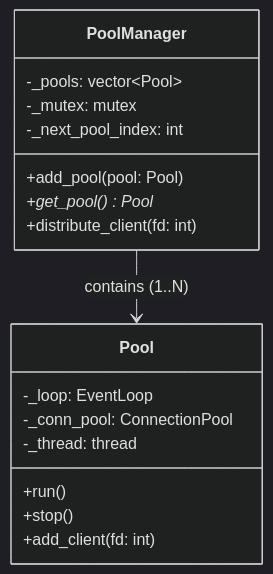
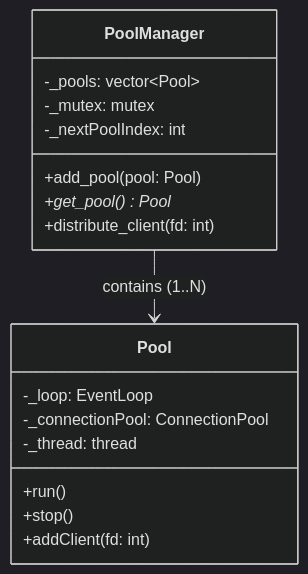
One commit to etib-corp/fion changed the third of 10 diagrams in ARCHITECTURE.md. Above: the diagram before and after it, drawn with Mermaid (dark theme). The commit also changed other lines of this file and 45 other files, not shown here.

Commit message:
Feat: Implement new architecture

````diff
--- a/ARCHITECTURE.md
+++ b/ARCHITECTURE.md
@@ -74,22 +74,22 @@
 ```mermaid
 classDiagram
     class PoolManager {
         -_pools: vector~Pool~
         -_mutex: mutex
-        -_next_pool_index: int
+        -_nextPoolIndex: int
         +add_pool(pool: Pool)
         +get_pool() Pool*
         +distribute_client(fd: int)
     }
 
     class Pool {
         -_loop: EventLoop
-        -_conn_pool: ConnectionPool
+        -_connectionPool: ConnectionPool
         -_thread: thread
         +run()
         +stop()
-        +add_client(fd: int)
+        +addClient(fd: int)
     }
 
     PoolManager --> Pool : contains (1..N)
 ```
````
